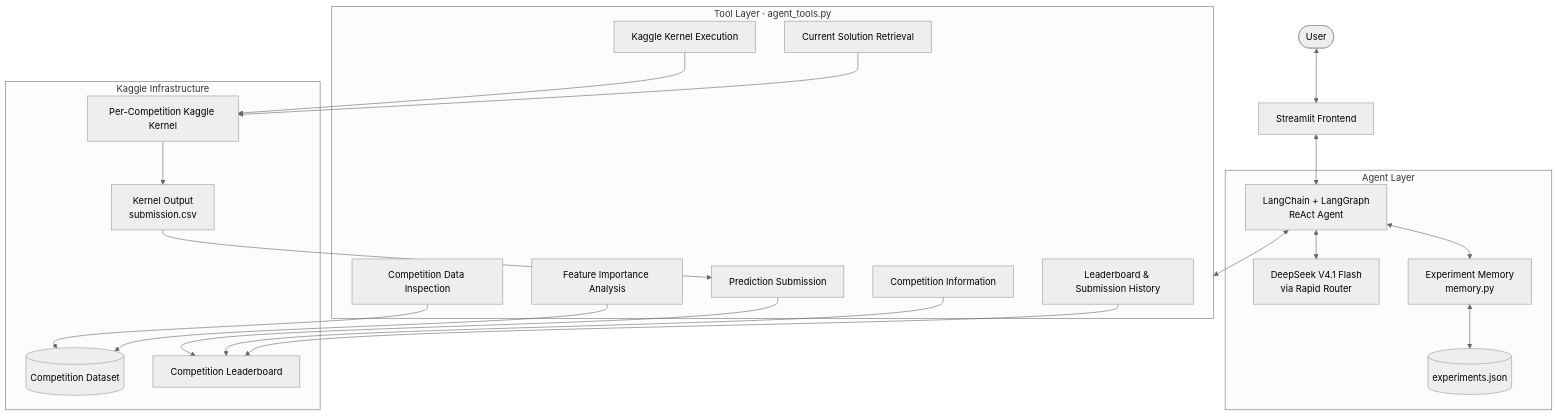
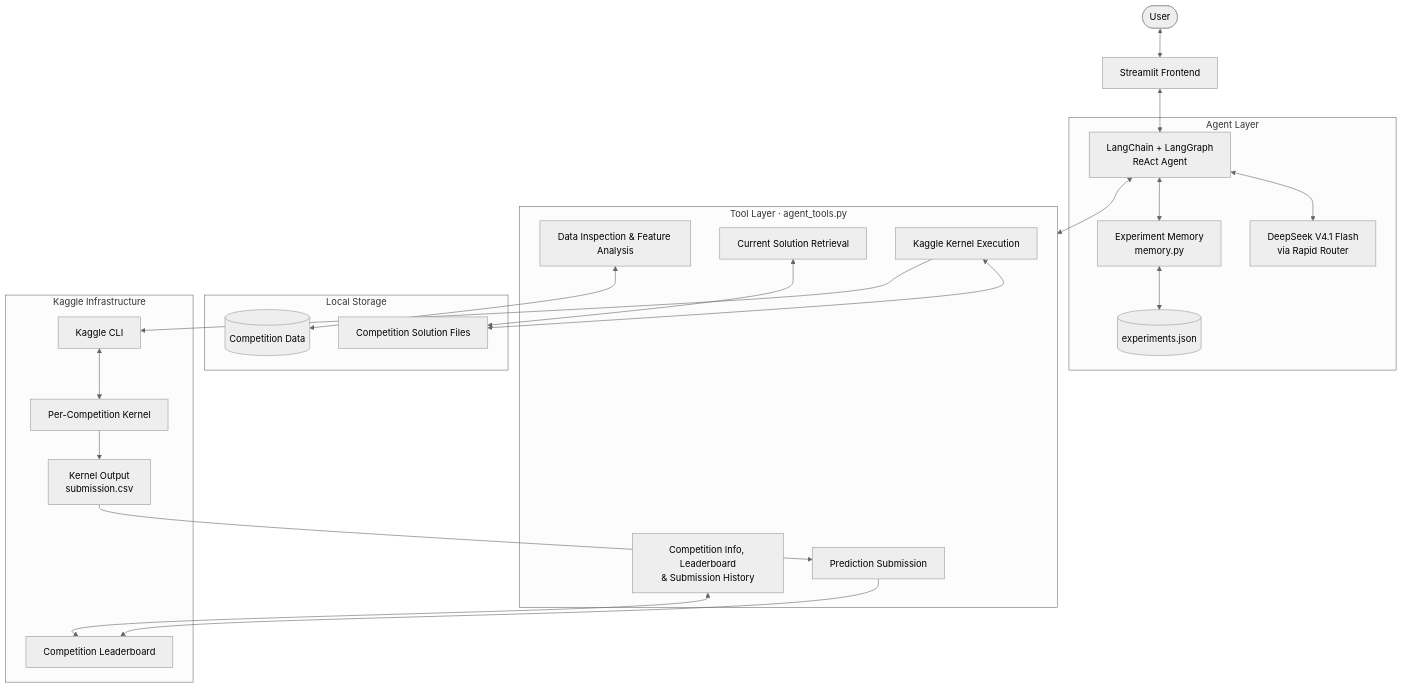
One commit to RugvedBane/Kwest changed the diagram in README.md. Above: the diagram before and after it, drawn with Mermaid (neutral theme). The commit also changed other lines of this file, not shown here.

````diff
--- a/README.md
+++ b/README.md
@@ -32,47 +46,49 @@
 ```mermaid
 flowchart TD
-    U(["User"])
-    UI["Streamlit Frontend"]
+    U(["User"]) <--> UI["Streamlit Frontend"]
 
     subgraph AGENT["Agent Layer"]
-        LG["LangChain + LangGraph<br/>ReAct Agent"]
+        A["LangChain + LangGraph<br/>ReAct Agent"]
         LLM["DeepSeek V4.1 Flash<br/>via Rapid Router"]
         MEM["Experiment Memory<br/>memory.py"]
         DB[("experiments.json")]
+
+        A <--> LLM
+        A <--> MEM
+        MEM <--> DB
     end
 
+    UI <--> A
+
     subgraph TOOLS["Tool Layer · agent_tools.py"]
-        T1["Competition Data Inspection"]
-        T2["Feature Importance Analysis"]
-        T3["Competition Information"]
-        T4["Leaderboard & Submission History"]
-        T5["Current Solution Retrieval"]
-        T6["Kaggle Kernel Execution"]
-        T7["Prediction Submission"]
+        T1["Data Inspection & Feature Analysis"]
+        T2["Competition Info, Leaderboard<br/>& Submission History"]
+        T3["Current Solution Retrieval"]
+        T4["Kaggle Kernel Execution"]
+        T5["Prediction Submission"]
+    end
+
+    A <--> TOOLS
+
+    subgraph LOCAL["Local Storage"]
+        DATA[("Competition Data")]
+        SOL["Competition Solution Files"]
     end
 
     subgraph KAGGLE["Kaggle Infrastructure"]
-        DATA[("Competition Dataset")]
-        KERNEL["Per-Competition Kaggle Kernel"]
+        API["Kaggle CLI"]
+        KERNEL["Per-Competition Kernel"]
         OUTPUT["Kernel Output<br/>submission.csv"]
         BOARD["Competition Leaderboard"]
     end
 
-    U <--> UI
-    UI <--> LG
-    LG <--> LLM
-    LG <--> MEM
-    MEM <--> DB
-    LG <--> TOOLS
-
-    T1 --> DATA
-    T2 --> DATA
-    T6 --> KERNEL
+    T1 <--> DATA
+    T2 <--> BOARD
+    T3 <--> SOL
+    T4 <--> SOL
+    T4 --> API
+    API <--> KERNEL
     KERNEL --> OUTPUT
-    OUTPUT --> T7
-    T7 --> BOARD
-
-    T3 --> BOARD
-    T4 --> BOARD
-    T5 --> KERNEL
+    OUTPUT --> T5
+    T5 --> BOARD
 ```
````
